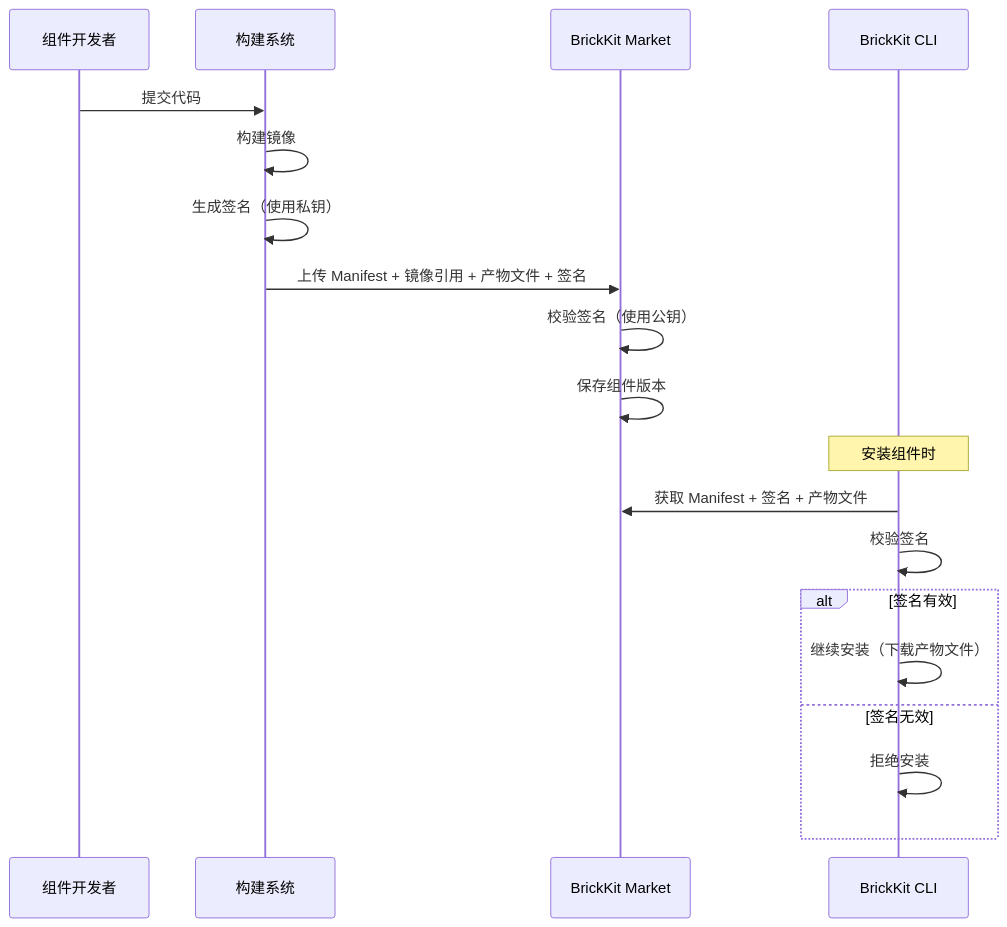
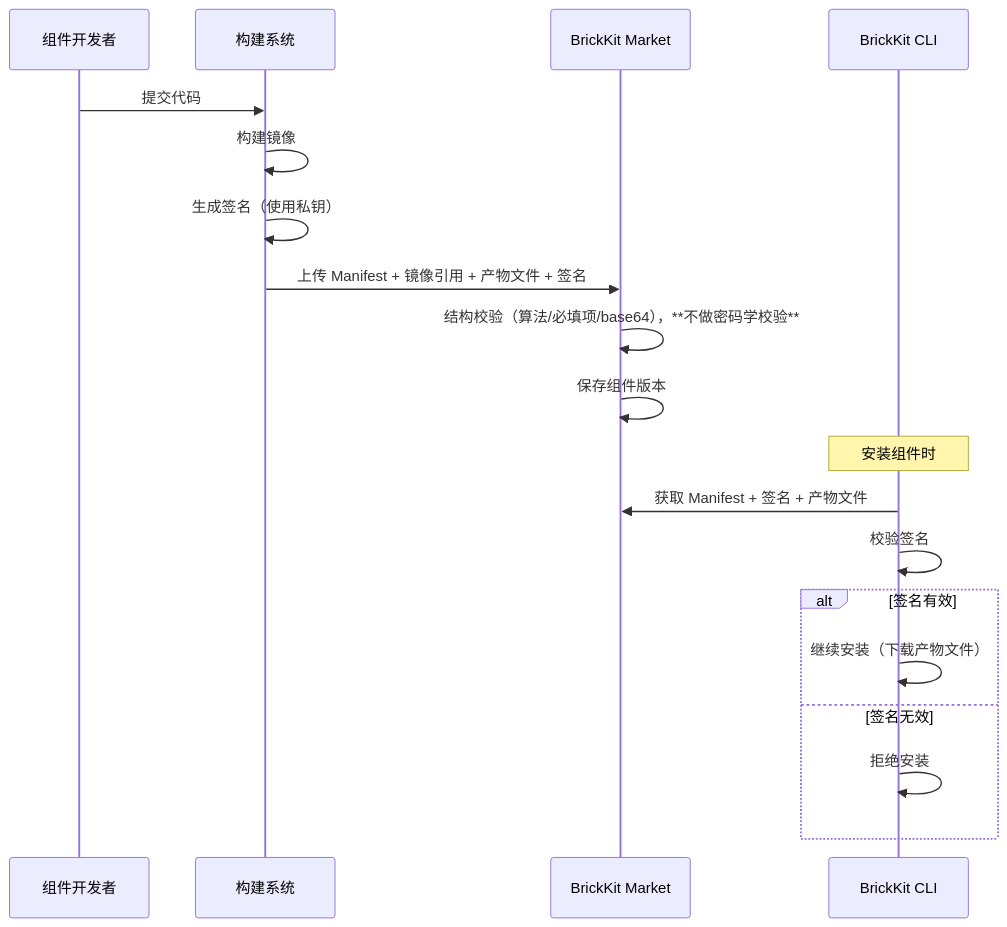
The fifth of 6 diagrams in design/008-安全与治理.md (brickKit/brickKit), drawn with Mermaid before and after one commit. The commit also changed other lines of this file and 32 other files, not shown here.

````diff
--- a/design/008-安全与治理.md
+++ b/design/008-安全与治理.md
@@ -581,23 +581,23 @@
 ```mermaid
 sequenceDiagram
       participant Dev as 组件开发者
       participant CI as 构建系统
       participant Market as BrickKit Market
       participant CLI as BrickKit CLI
 
       Dev->>CI: 提交代码
       CI->>CI: 构建镜像
       CI->>CI: 生成签名（使用私钥）
       CI->>Market: 上传 Manifest + 镜像引用 + 产物文件 + 签名
-      Market->>Market: 校验签名（使用公钥）
+      Market->>Market: 结构校验（算法/必填项/base64），**不做密码学校验**
       Market->>Market: 保存组件版本
 
       Note over CLI: 安装组件时
       CLI->>Market: 获取 Manifest + 签名 + 产物文件
       CLI->>CLI: 校验签名
       alt 签名有效
           CLI->>CLI: 继续安装（下载产物文件）
       else 签名无效
           CLI->>CLI: 拒绝安装
       end
 ```
````
